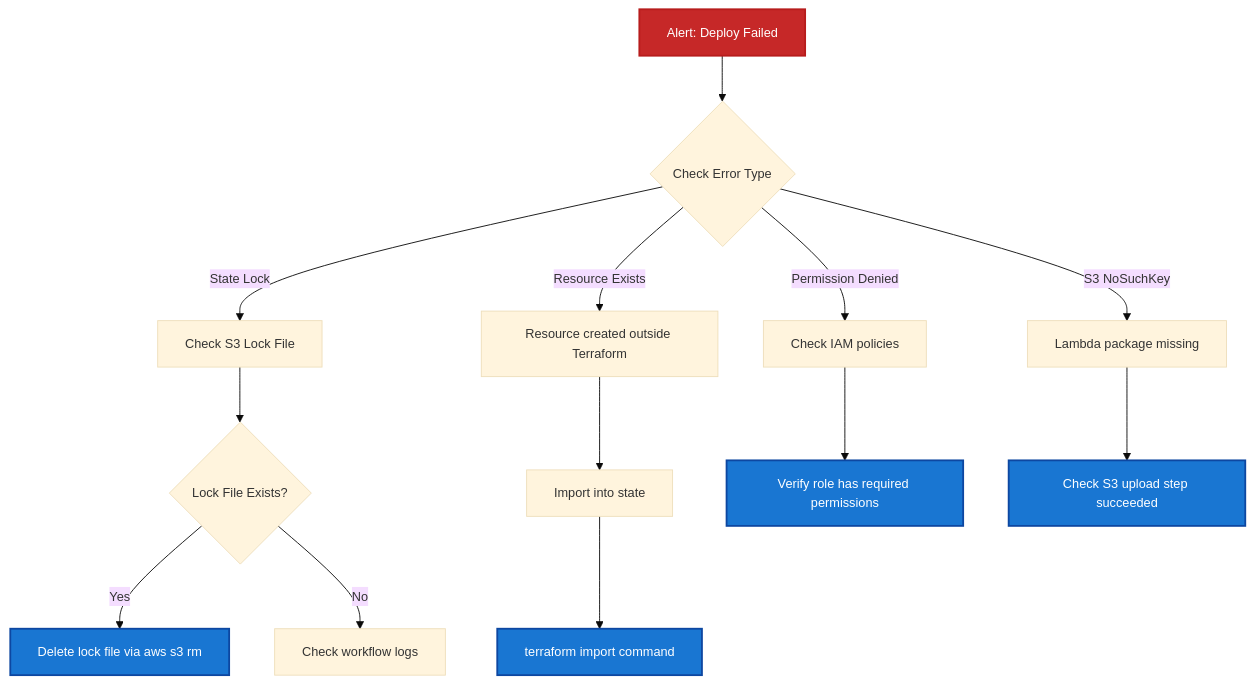
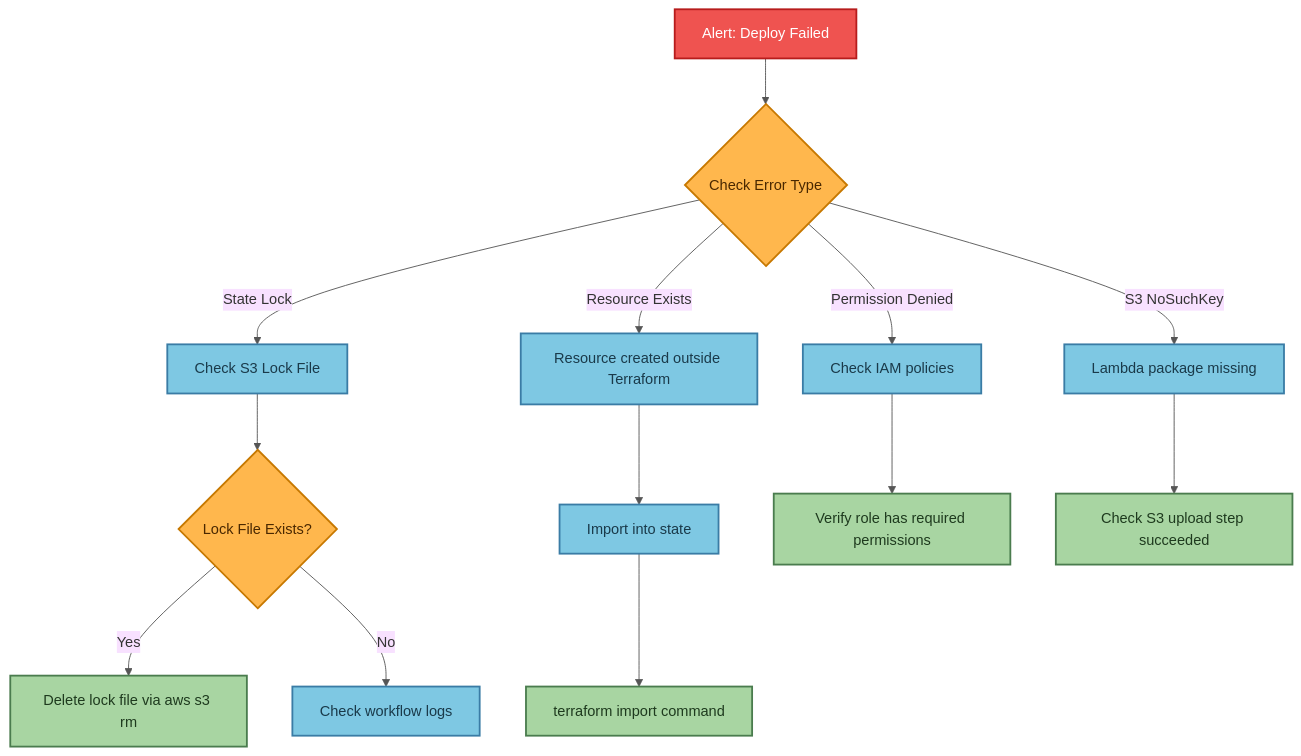
One commit to traylorre/sentiment-analyzer-gsk changed the fifth of 9 diagrams in docs/TERRAFORM_DEPLOYMENT_FLOW.md. Above: the diagram before and after it, drawn with Mermaid. The commit also changed other lines of this file and 3 other files, not shown here.

First line of the commit message:
docs: Update mermaid diagrams with better contrast colors

````diff
--- a/docs/TERRAFORM_DEPLOYMENT_FLOW.md
+++ b/docs/TERRAFORM_DEPLOYMENT_FLOW.md
@@ -184,26 +196,30 @@
 ```mermaid
-%%{init: {'theme':'base', 'themeVariables': {'fontSize':'14px'}}}%%
+%%{init: {'theme':'base', 'themeVariables': {'primaryColor':'#fff8e1', 'primaryTextColor':'#333', 'primaryBorderColor':'#c9a227', 'lineColor':'#555'}}}%%
 flowchart TB
     A[Alert: Deploy Failed] --> B{Check Error Type}
 
     B -->|State Lock| C[Check S3 Lock File]
     C --> D{Lock File Exists?}
     D -->|Yes| E[Delete lock file via aws s3 rm]
     D -->|No| F[Check workflow logs]
 
     B -->|Resource Exists| G[Resource created outside Terraform]
     G --> H[Import into state]
     H --> I[terraform import command]
 
     B -->|Permission Denied| J[Check IAM policies]
     J --> K[Verify role has required permissions]
 
     B -->|S3 NoSuchKey| L[Lambda package missing]
     L --> M[Check S3 upload step succeeded]
 
-    classDef alertNode fill:#c62828,stroke:#b71c1c,stroke-width:2px,color:#fff
-    classDef actionNode fill:#1976d2,stroke:#0d47a1,stroke-width:2px,color:#fff
+    classDef alertNode fill:#ef5350,stroke:#b71c1c,stroke-width:2px,color:#fff
+    classDef decisionNode fill:#ffb74d,stroke:#c77800,stroke-width:2px,color:#4a2800
+    classDef processNode fill:#7ec8e3,stroke:#3a7ca5,stroke-width:2px,color:#1a3a4a
+    classDef actionNode fill:#a8d5a2,stroke:#4a7c4e,stroke-width:2px,color:#1e3a1e
 
     class A alertNode
+    class B,D decisionNode
+    class C,F,G,H,J,L processNode
     class E,I,K,M actionNode
 ```
````
